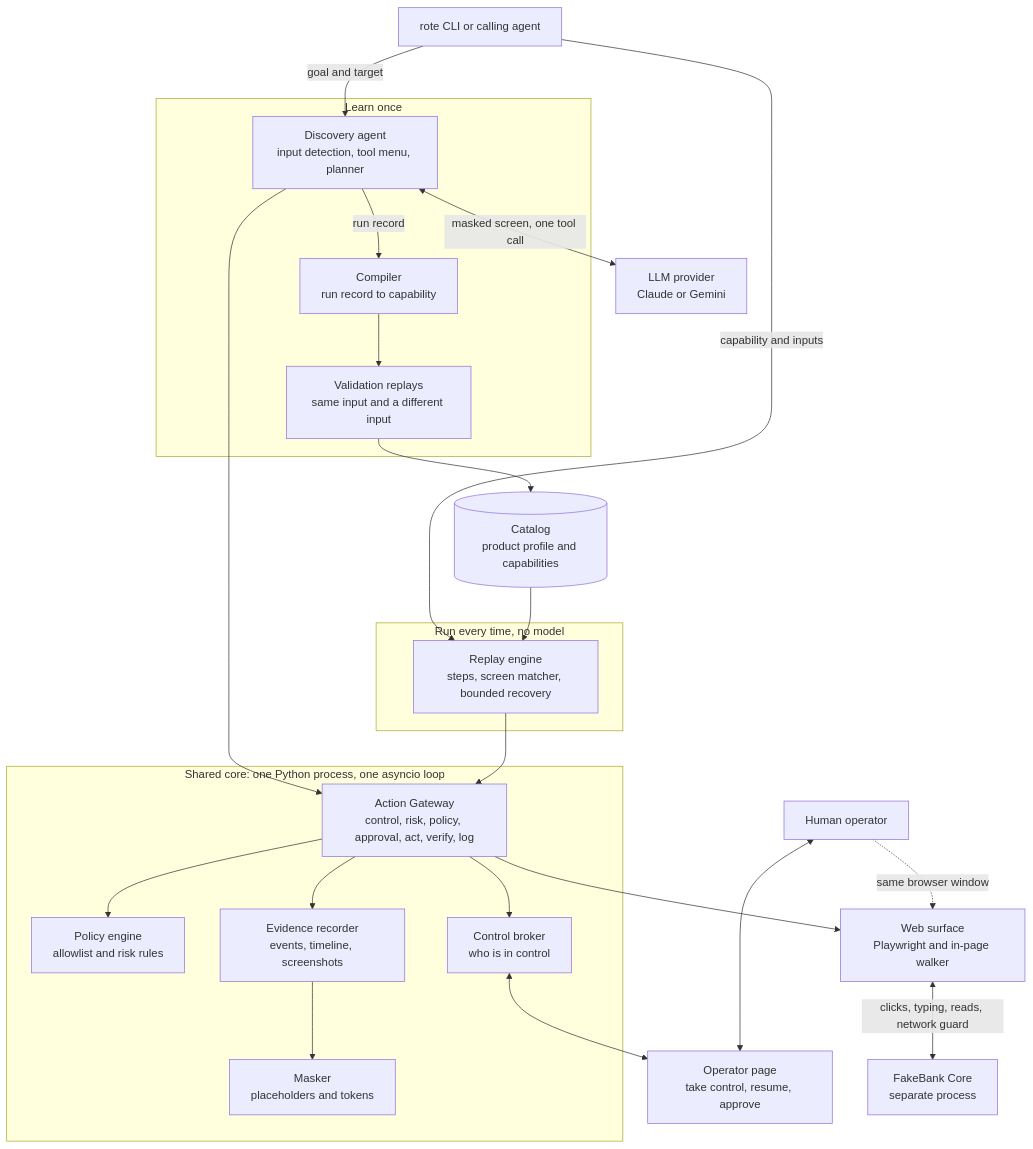
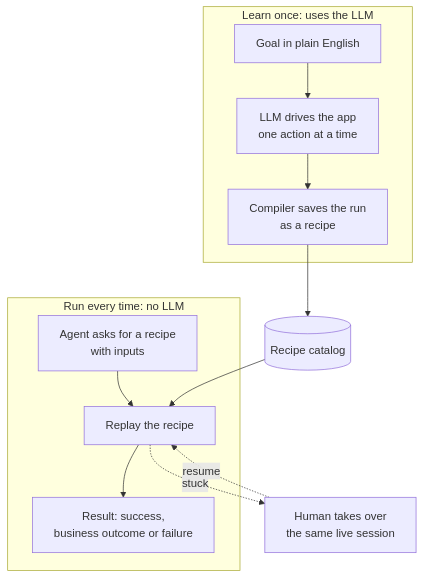
One commit to saggu-uic/Computer-Use-Automation-System changed the first of 2 diagrams in REPORT.md. Above: the diagram before and after it, drawn with Mermaid. The commit also changed other lines of this file and 1 other file, not shown here.

````diff
--- a/REPORT.md
+++ b/REPORT.md
@@ -24,49 +24,15 @@
 ```mermaid
 flowchart TB
-  CLI["rote CLI or calling agent"]
-  OPR["Human operator"]
-  LLM["LLM provider<br/>Claude or Gemini"]
-
-  subgraph learn["Learn once"]
-    DISC["Discovery agent<br/>input detection, tool menu, planner"]
-    COMP["Compiler<br/>run record to capability"]
-    VAL["Validation replays<br/>same input and a different input"]
+  subgraph learn["Learn once: uses the LLM"]
+    G["Goal in plain English"] --> D["LLM drives the app<br/>one action at a time"]
+    D --> C["Compiler saves the run<br/>as a recipe"]
   end
-
-  CAT[("Catalog<br/>product profile and capabilities")]
-
-  subgraph run["Run every time, no model"]
-    REP["Replay engine<br/>steps, screen matcher, bounded recovery"]
+  C --> R[("Recipe catalog")]
+  subgraph run["Run every time: no LLM"]
+    I["Agent asks for a recipe<br/>with inputs"] --> P["Replay the recipe"]
+    P --> O["Result: success,<br/>business outcome or failure"]
   end
-
-  subgraph core["Shared core: one Python process, one asyncio loop"]
-    GW["Action Gateway<br/>control, risk, policy, approval, act, verify, log"]
-    POL["Policy engine<br/>allowlist and risk rules"]
-    BRK["Control broker<br/>who is in control"]
-    REC["Evidence recorder<br/>events, timeline, screenshots"]
-    MASK["Masker<br/>placeholders and tokens"]
-  end
-
-  OPP["Operator page<br/>take control, resume, approve"]
-  SURF["Web surface<br/>Playwright and in-page walker"]
-  APP["FakeBank Core<br/>separate process"]
-
-  CLI -->|"goal and target"| DISC
-  CLI -->|"capability and inputs"| REP
-  DISC <-->|"masked screen, one tool call"| LLM
-  DISC -->|"run record"| COMP
-  COMP --> VAL
-  VAL --> CAT
-  CAT --> REP
-  DISC --> GW
-  REP --> GW
-  GW --> POL
-  GW --> BRK
-  GW --> REC
-  REC --> MASK
-  GW --> SURF
-  SURF <-->|"clicks, typing, reads, network guard"| APP
-  BRK <--> OPP
-  OPR <--> OPP
-  OPR -.->|"same browser window"| SURF
+  R --> P
+  P -.->|"stuck"| H["Human takes over<br/>the same live session"]
+  H -.->|"resume"| P
 ```
````
